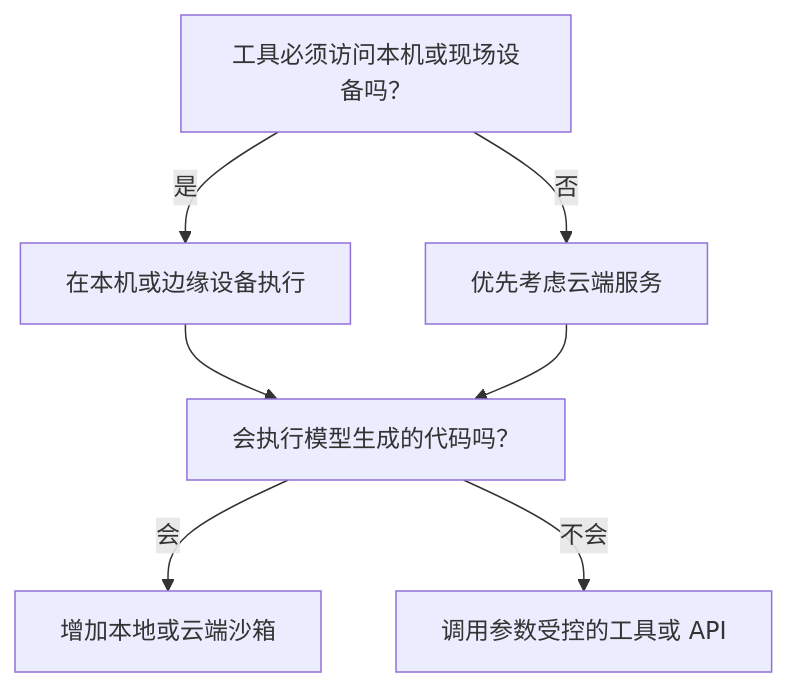
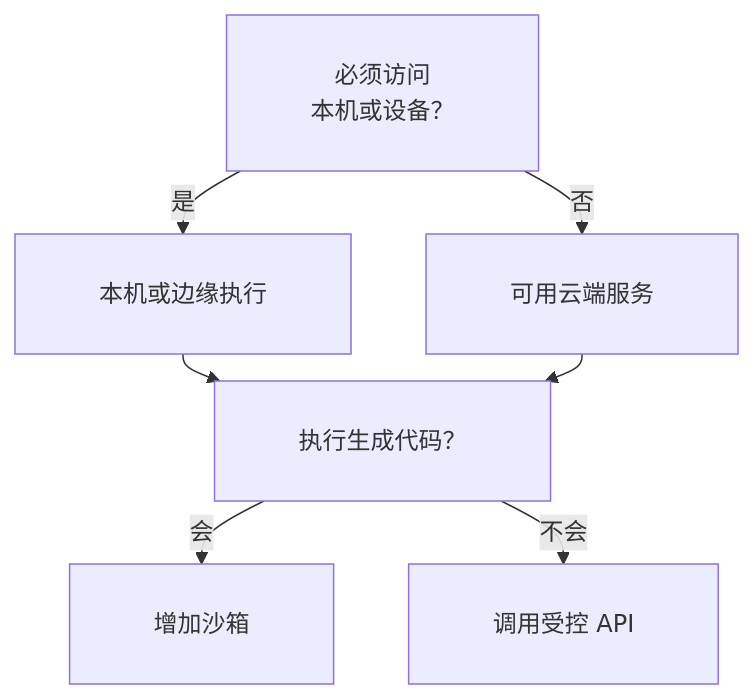
Before and after one commit to ALVIN-YANG/alvin-notes: the diagram in src/content/docs/ai/agent-runtime-environments.md, drawn with Mermaid. The commit also changed other lines of this file and 89 other files, not shown here.

````diff
--- a/src/content/docs/ai/agent-runtime-environments.md
+++ b/src/content/docs/ai/agent-runtime-environments.md
@@ -52,9 +32,10 @@
 ```mermaid
-flowchart TD
-  A["工具必须访问本机或现场设备吗？"] -->|是| B["在本机或边缘设备执行"]
-  A -->|否| C["优先考虑云端服务"]
-  B --> D["会执行模型生成的代码吗？"]
+%%{init: {"flowchart": {"padding": 28, "rankSpacing": 18}}}%%
+flowchart TB
+  A["必须访问<br/>本机或设备？"] -->|是| B["本机或边缘执行"]
+  A -->|否| C["可用云端服务"]
+  B --> D["执行生成代码？"]
   C --> D
-  D -->|会| E["增加本地或云端沙箱"]
-  D -->|不会| F["调用参数受控的工具或 API"]
+  D -->|会| E["增加沙箱"]
+  D -->|不会| F["调用受控 API"]
 ```
````
